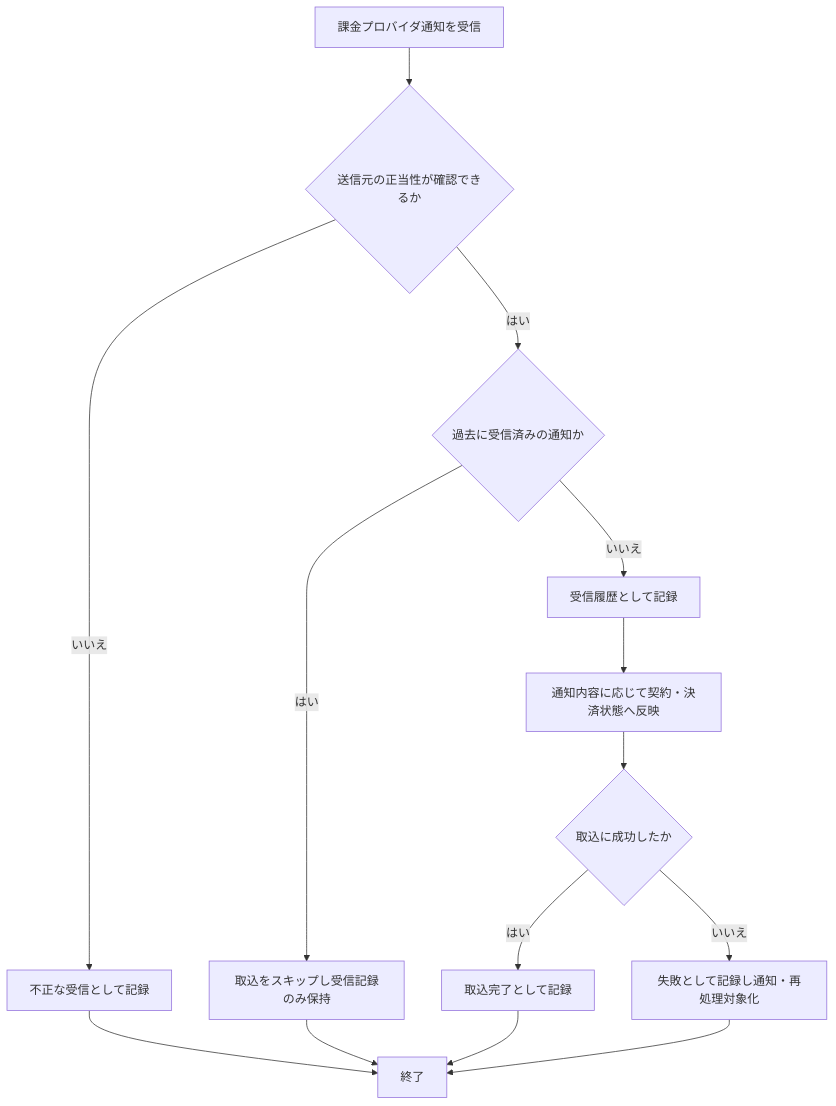
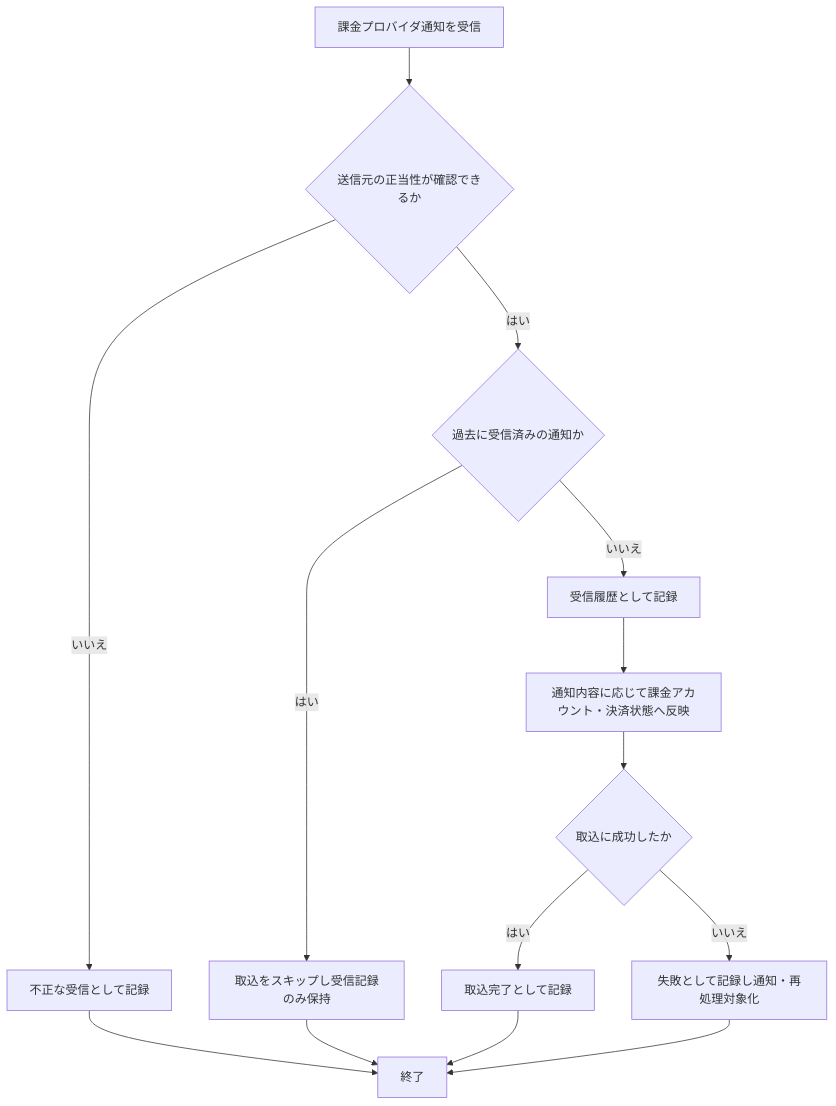
Before and after one commit to sikakou54/open-faq: the diagram in 02_basic_design/02_backend/01_system/SYS-006.md, drawn with Mermaid. The commit also changed other lines of this file and 294 other files, not shown here.

````diff
--- a/02_basic_design/02_backend/01_system/SYS-006.md
+++ b/02_basic_design/02_backend/01_system/SYS-006.md
@@ -24,16 +24,16 @@
 ```mermaid
 flowchart TB
   A[課金プロバイダ通知を受信] --> B{送信元の正当性が確認できるか}
   B -- いいえ --> C[不正な受信として記録]
   C --> Z[終了]
   B -- はい --> D{過去に受信済みの通知か}
   D -- はい --> E[取込をスキップし受信記録のみ保持]
   E --> Z
   D -- いいえ --> F[受信履歴として記録]
-  F --> G[通知内容に応じて契約・決済状態へ反映]
+  F --> G[通知内容に応じて課金アカウント・決済状態へ反映]
   G --> H{取込に成功したか}
   H -- はい --> I[取込完了として記録]
   I --> Z
   H -- いいえ --> J[失敗として記録し通知・再処理対象化]
   J --> Z
 ```
````
